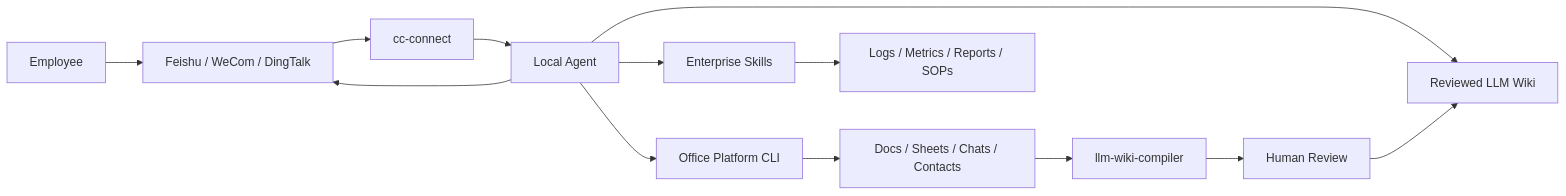
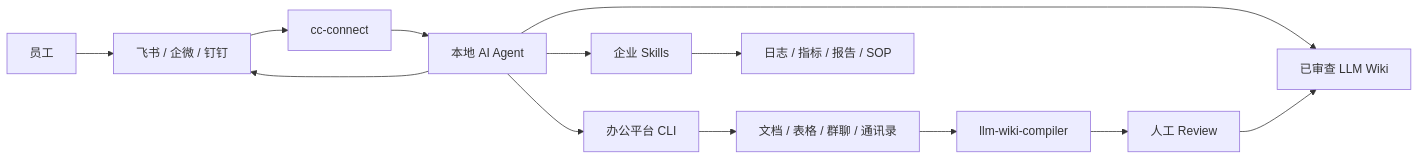
Before and after one commit to eddiearc/fde-kit: the diagram in README.md, drawn with Mermaid. The commit also changed other lines of this file, not shown here.

````diff
--- a/README.md
+++ b/README.md
@@ -9,15 +11,15 @@
 ```mermaid
 flowchart LR
-  User[Employee] --> Chat[Feishu / WeCom / DingTalk]
+  User[员工] --> Chat[飞书 / 企微 / 钉钉]
   Chat --> Bridge[cc-connect]
-  Bridge --> Agent[Local Agent]
-  Agent --> Platform[Office Platform CLI]
-  Agent --> Wiki[Reviewed LLM Wiki]
-  Agent --> Skills[Enterprise Skills]
-  Platform --> Data[Docs / Sheets / Chats / Contacts]
+  Bridge --> Agent[本地 AI Agent]
+  Agent --> Platform[办公平台 CLI]
+  Agent --> Wiki[已审查 LLM Wiki]
+  Agent --> Skills[企业 Skills]
+  Platform --> Data[文档 / 表格 / 群聊 / 通讯录]
   Data --> Compiler[llm-wiki-compiler]
-  Compiler --> Review[Human Review]
+  Compiler --> Review[人工 Review]
   Review --> Wiki
-  Skills --> Workflow[Logs / Metrics / Reports / SOPs]
+  Skills --> Workflow[日志 / 指标 / 报告 / SOP]
   Agent --> Chat
 ```
````
